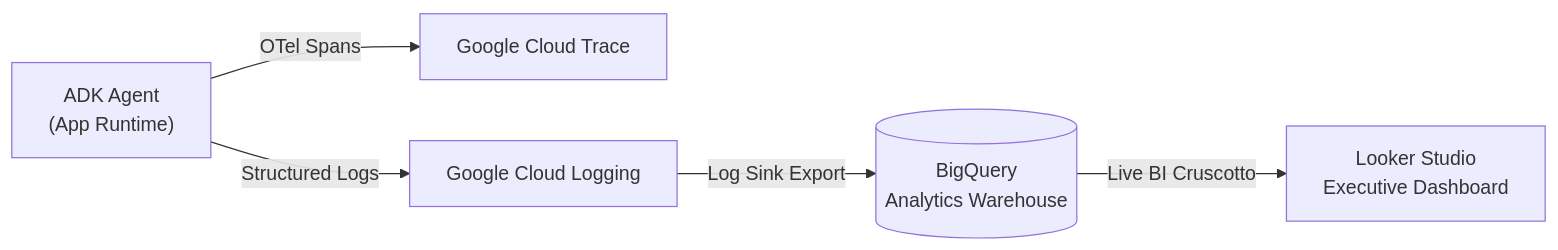
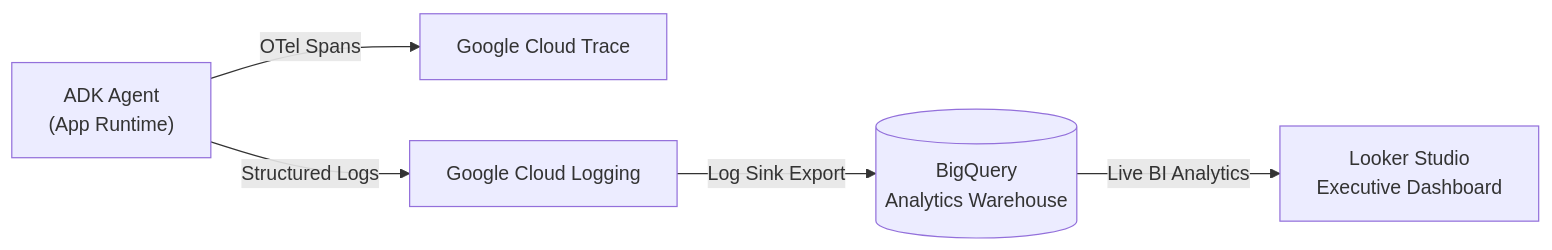
One commit to mauripsale/doc-adk-training changed the diagram in training/module25-observability/README.md. Above: the diagram before and after it, drawn with Mermaid. The commit also changed other lines of this file and 20 other files, not shown here.

````diff
--- a/training/module25-observability/README.md
+++ b/training/module25-observability/README.md
@@ -75,7 +75,7 @@
 ```mermaid
 flowchart LR
     A["ADK Agent\n(App Runtime)"] -->|"OTel Spans"| B["Google Cloud Trace"]
     A -->|"Structured Logs"| C["Google Cloud Logging"]
     C -->|"Log Sink Export"| D[("BigQuery\nAnalytics Warehouse")]
-    D -->|"Live BI Cruscotto"| E["Looker Studio\nExecutive Dashboard"]
+    D -->|"Live BI Analytics"| E["Looker Studio\nExecutive Dashboard"]
 ```
````
